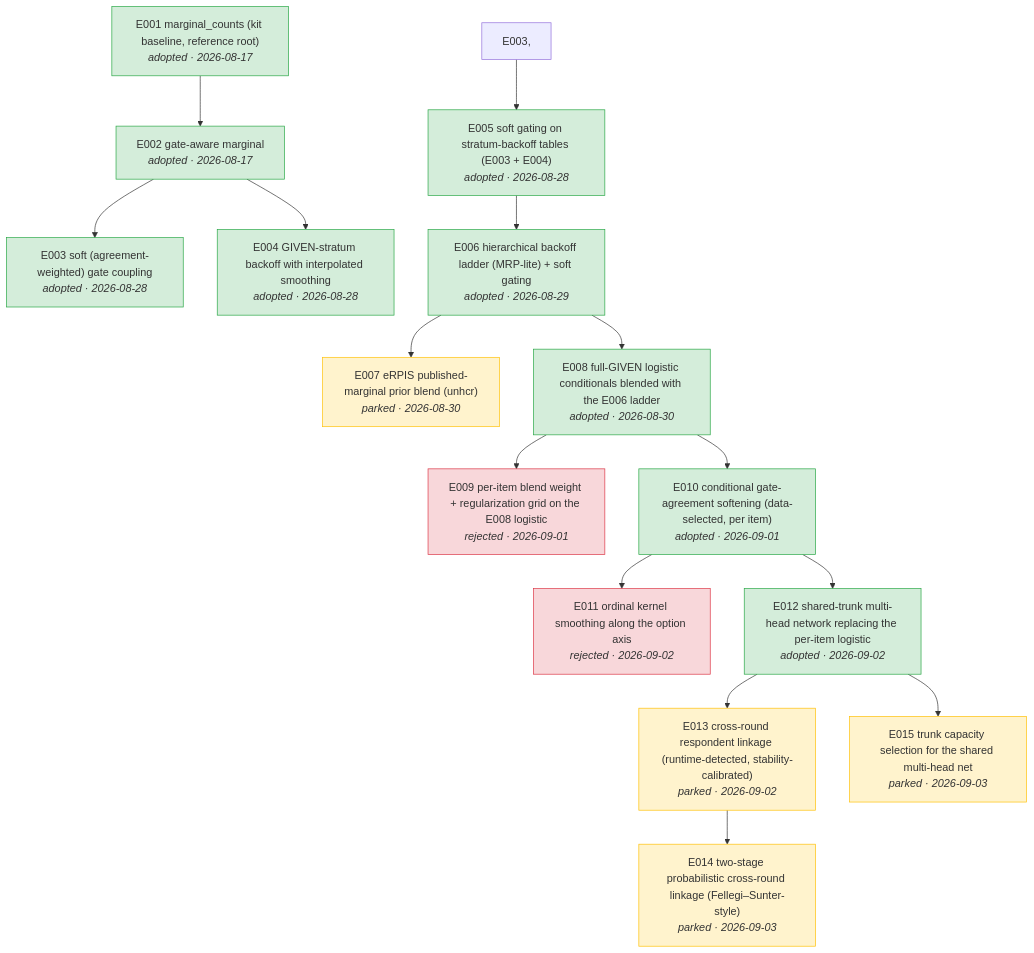
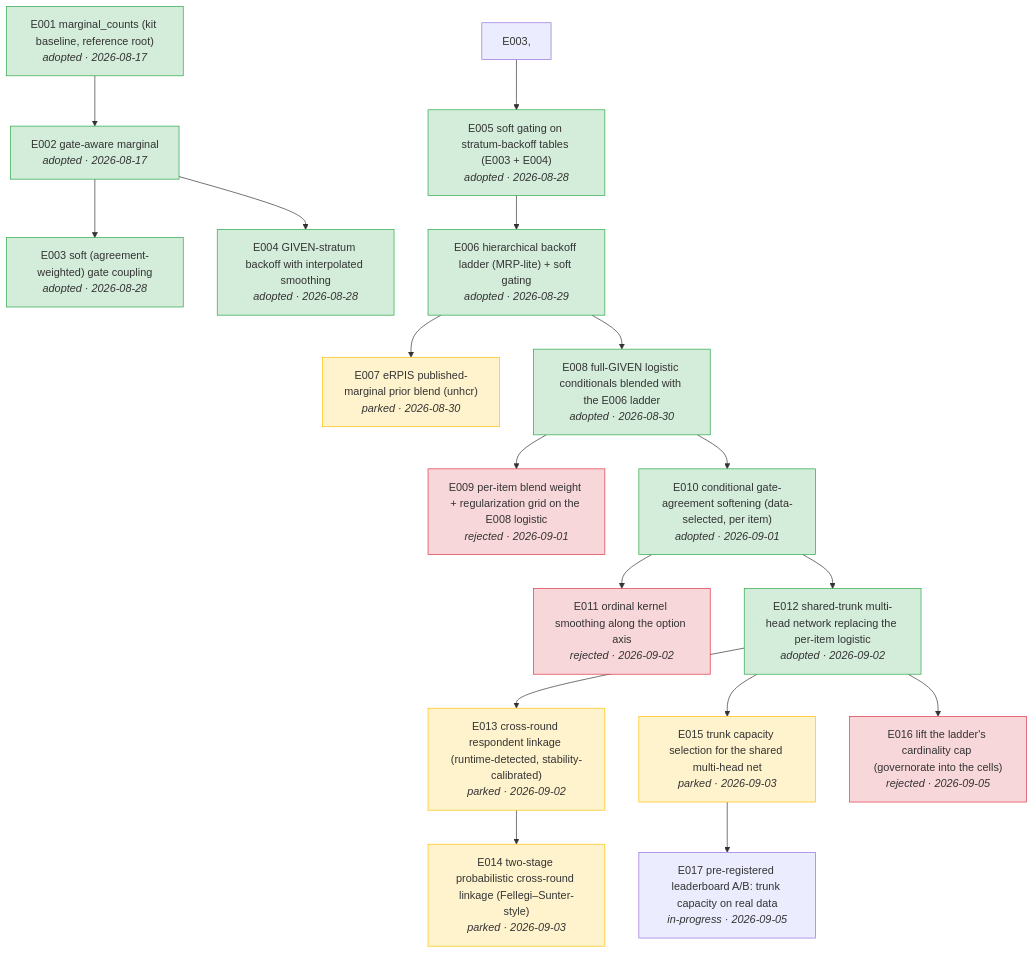
The diagram in docs/tree.md (joon56/Simulacrabench-NeurIPS-2026-), drawn with Mermaid before and after one commit. The commit also changed 6 other files, not shown here.

First line of the commit message:
E016: rejected (+0.0002, sandbox can't value geography); E017: capacity A/B packaged, submission #9

````diff
--- a/docs/tree.md
+++ b/docs/tree.md
@@ -5,38 +5,42 @@
 ```mermaid
 flowchart TD
     E001["E001 marginal_counts (kit baseline, reference root)<br/><i>adopted · 2026-08-17</i>"]
     E002["E002 gate-aware marginal<br/><i>adopted · 2026-08-17</i>"]
     E001 --> E002
     E003["E003 soft (agreement-weighted) gate coupling<br/><i>adopted · 2026-08-28</i>"]
     E002 --> E003
     E004["E004 GIVEN-stratum backoff with interpolated smoothing<br/><i>adopted · 2026-08-28</i>"]
     E002 --> E004
     E005["E005 soft gating on stratum-backoff tables (E003 + E004)<br/><i>adopted · 2026-08-28</i>"]
     E003, --> E005
     E006["E006 hierarchical backoff ladder (MRP-lite) + soft gating<br/><i>adopted · 2026-08-29</i>"]
     E005 --> E006
     E007["E007 eRPIS published-marginal prior blend (unhcr)<br/><i>parked · 2026-08-30</i>"]
     E006 --> E007
     E008["E008 full-GIVEN logistic conditionals blended with the E006 ladder<br/><i>adopted · 2026-08-30</i>"]
     E006 --> E008
     E009["E009 per-item blend weight + regularization grid on the E008 logistic<br/><i>rejected · 2026-09-01</i>"]
     E008 --> E009
     E010["E010 conditional gate-agreement softening (data-selected, per item)<br/><i>adopted · 2026-09-01</i>"]
     E008 --> E010
     E011["E011 ordinal kernel smoothing along the option axis<br/><i>rejected · 2026-09-02</i>"]
     E010 --> E011
     E012["E012 shared-trunk multi-head network replacing the per-item logistic<br/><i>adopted · 2026-09-02</i>"]
     E010 --> E012
     E013["E013 cross-round respondent linkage (runtime-detected, stability-calibrated)<br/><i>parked · 2026-09-02</i>"]
     E012 --> E013
     E014["E014 two-stage probabilistic cross-round linkage (Fellegi–Sunter-style)<br/><i>parked · 2026-09-03</i>"]
     E013 --> E014
     E015["E015 trunk capacity selection for the shared multi-head net<br/><i>parked · 2026-09-03</i>"]
     E012 --> E015
+    E016["E016 lift the ladder's cardinality cap (governorate into the cells)<br/><i>rejected · 2026-09-05</i>"]
+    E012 --> E016
+    E017["E017 pre-registered leaderboard A/B: trunk capacity on real data<br/><i>in-progress · 2026-09-05</i>"]
+    E015 --> E017
     classDef adopted fill:#d4edda,stroke:#28a745
     class E001,E002,E003,E004,E005,E006,E008,E010,E012 adopted
     classDef rejected fill:#f8d7da,stroke:#dc3545
-    class E009,E011 rejected
+    class E009,E011,E016 rejected
     classDef parked fill:#fff3cd,stroke:#ffc107
     class E007,E013,E014,E015 parked
 ```
````
